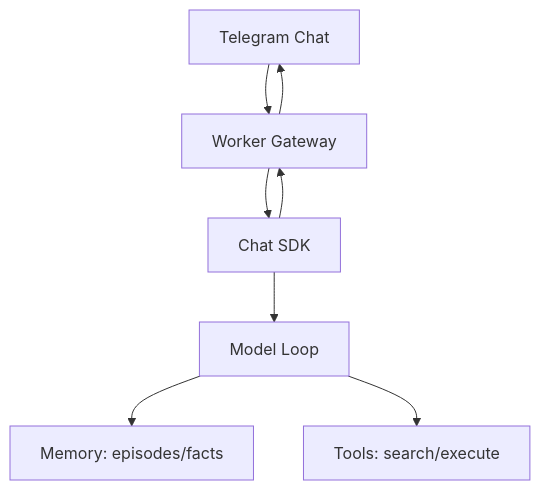
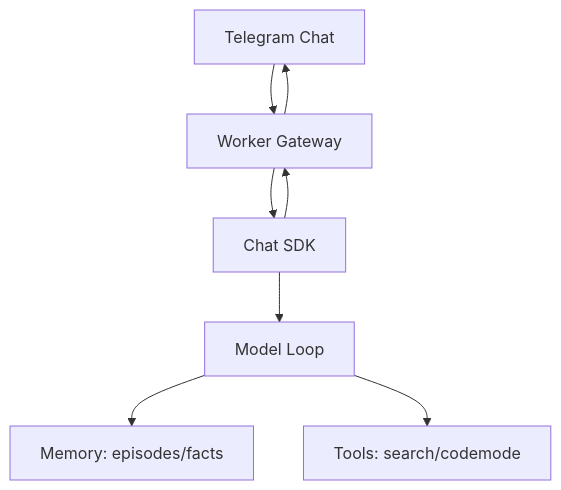
One commit to drevantonder/dreclaw changed the diagram in README.md. Above: the diagram before and after it, drawn with Mermaid. The commit also changed other lines of this file and 22 other files, not shown here.

````diff
--- a/README.md
+++ b/README.md
@@ -17,9 +17,9 @@
 ```mermaid
 flowchart TD
   U[Telegram Chat] --> W[Worker Gateway]
   W --> C[Chat SDK]
   C --> M[Model Loop]
   M --> MM[Memory: episodes/facts]
-  M --> T[Tools: search/execute]
+  M --> T[Tools: search/codemode]
   C --> W --> U
 ```
````
